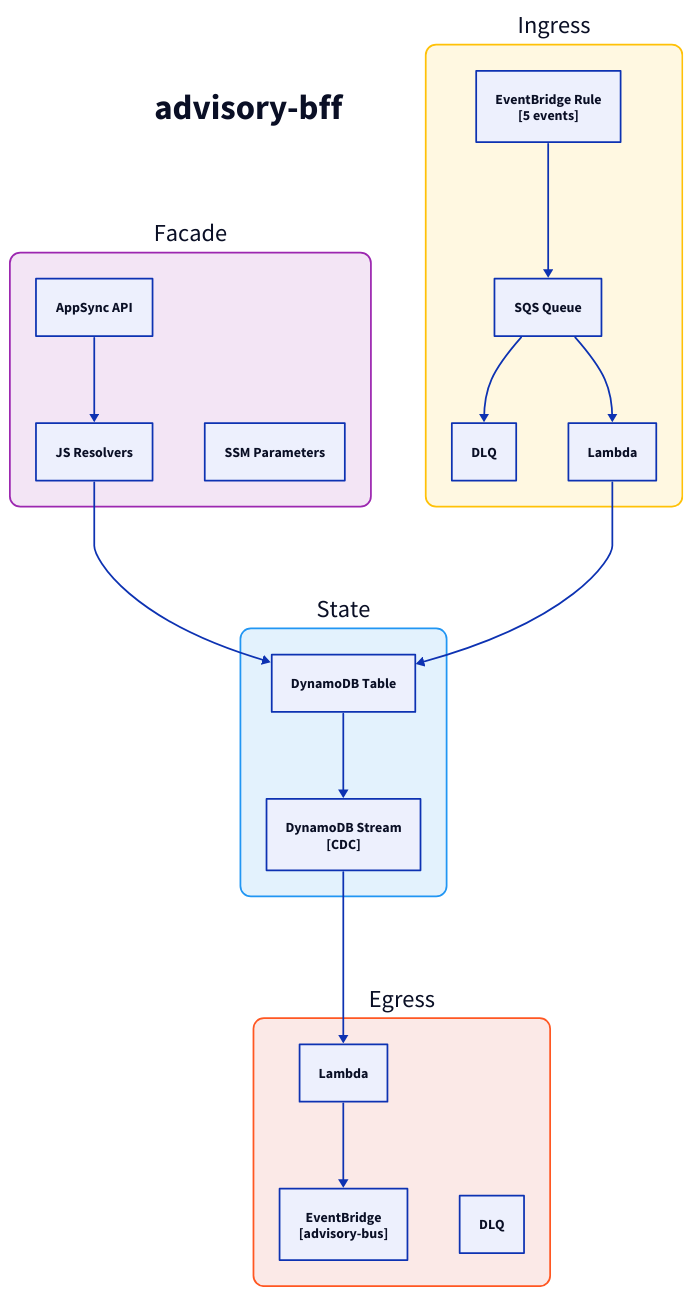
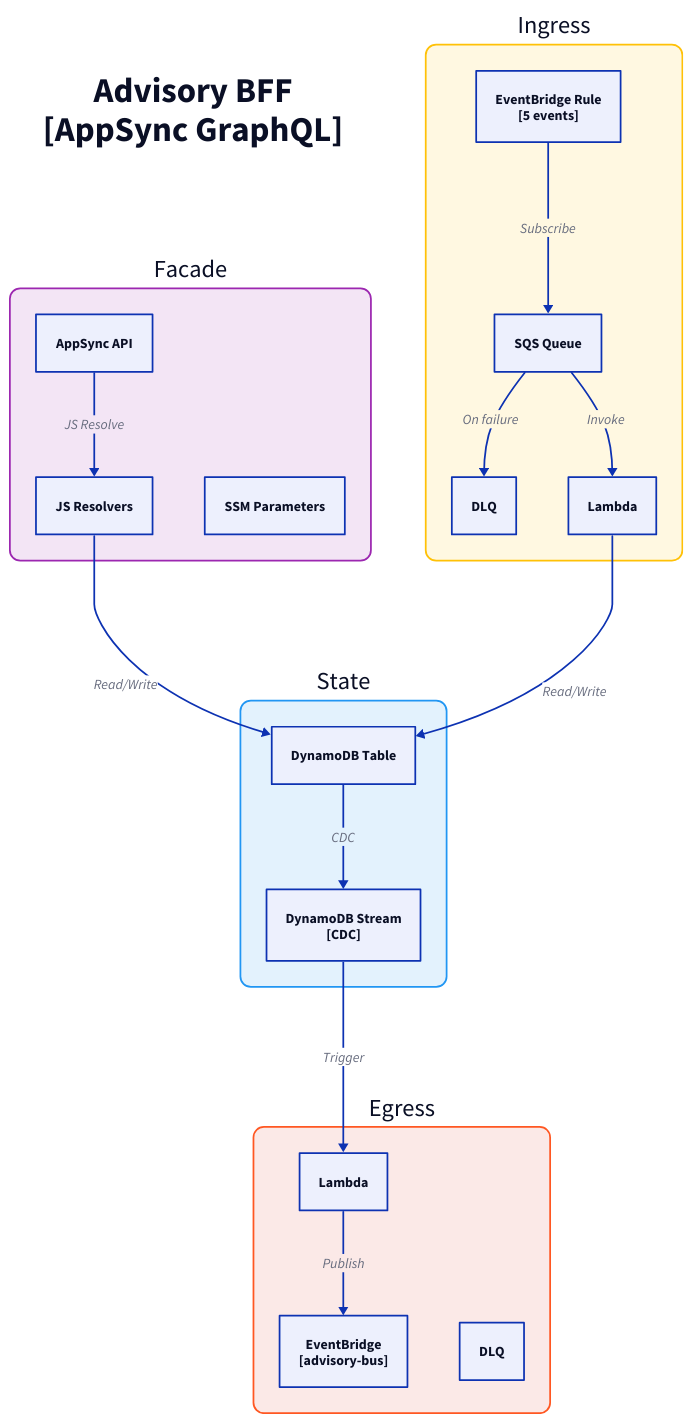
Before and after one commit to fabio-vitali/nestfolio: the diagram in docs/architecture/c3/advisory-bff.d2, drawn with D2. The commit also changed 71 other files, not shown here.

Commit message:
fix: regenerate C4 diagrams with semantic labels

```diff
--- a/docs/architecture/c3/advisory-bff.d2
+++ b/docs/architecture/c3/advisory-bff.d2
@@ -1,45 +1,46 @@
 direction: down
 
-title: "advisory-bff" {
+title: "Advisory BFF\n[AppSync GraphQL]" {
   style: { font-size: 40; bold: true; fill: transparent; stroke: transparent }
 }
 
 facade: "Facade" {
   style: { fill: "#F3E5F5"; stroke: "#9C27B0"; border-radius: 12; font-size: 28 }
   appsync: "AppSync API" { class: aws-appsync }
   resolvers: "JS Resolvers" { class: aws-lambda }
-  appsync -> resolvers
+  appsync -> resolvers: JS Resolve
   ssm: "SSM Parameters" { class: aws-ssm }
 }
 
 ingress: "Ingress" {
   style: { fill: "#FFF8E1"; stroke: "#FFC107"; border-radius: 12; font-size: 28 }
   rule: "EventBridge Rule\n[5 events]" { class: aws-eventbridge }
   sqs: "SQS Queue" { class: aws-sqs }
   dlq: "DLQ" { class: aws-dlq }
   handler: "Lambda" { class: aws-lambda }
 
-  rule -> sqs -> handler
-  sqs -> dlq
+  rule -> sqs: Subscribe
+  sqs -> handler: Invoke
+  sqs -> dlq: On failure
 }
 
 state: "State" {
   style: { fill: "#E3F2FD"; stroke: "#2196F3"; border-radius: 12; font-size: 28 }
   table: "DynamoDB Table" { class: aws-dynamodb }
   stream: "DynamoDB Stream\n[CDC]" { class: aws-ddb-stream }
-  table -> stream
+  table -> stream: CDC
 }
 
 egress: "Egress" {
   style: { fill: "#FBE9E7"; stroke: "#FF5722"; border-radius: 12; font-size: 28 }
   processor: "Lambda" { class: aws-lambda }
   bus: "EventBridge\n[advisory-bus]" { class: aws-eventbridge }
   dlq: "DLQ" { class: aws-dlq }
 
-  processor -> bus
+  processor -> bus: Publish
 }
 
 # Flows
-facade.resolvers -> state.table
-ingress.handler -> state.table
-state.stream -> egress.processor
+facade.resolvers -> state.table: Read/Write
+ingress.handler -> state.table: Read/Write
+state.stream -> egress.processor: Trigger
```
